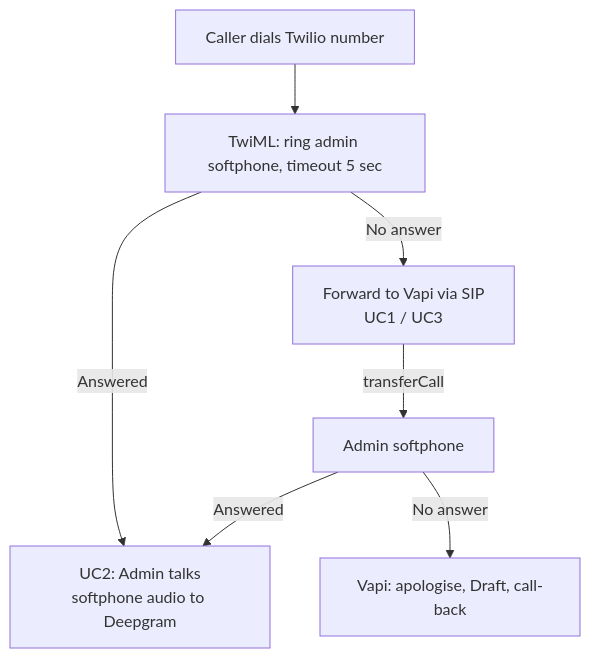
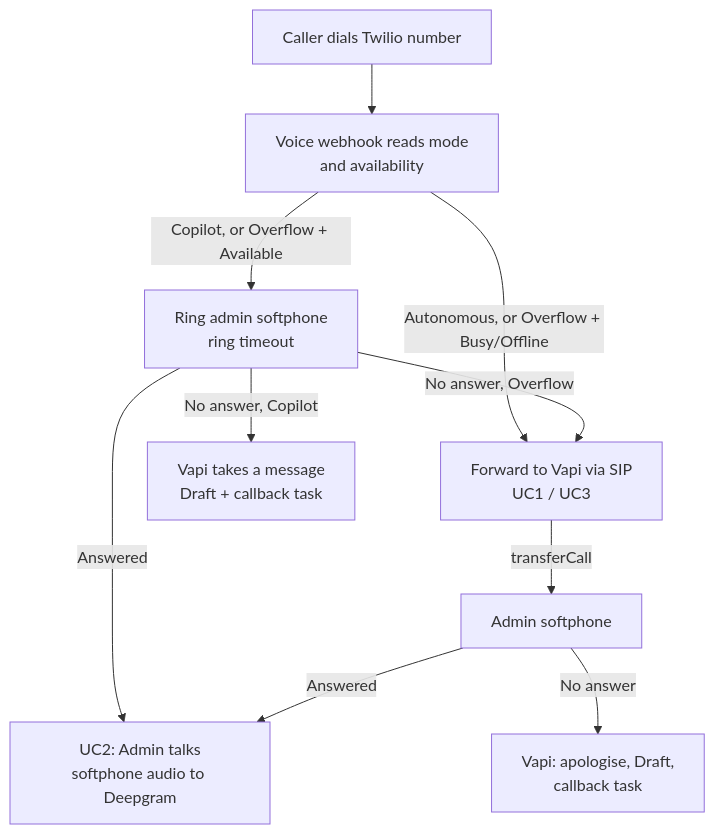
The fourth of 4 diagrams in docs/demo-process.md (ice-propelled-inc/crm-demo), drawn with Mermaid before and after one commit. The commit also changed other lines of this file and 32 other files, not shown here.

````diff
--- a/docs/demo-process.md
+++ b/docs/demo-process.md
@@ -207,9 +320,12 @@
 ```mermaid
 flowchart TD
-    A[Caller dials Twilio number] --> B[TwiML: ring admin softphone, timeout 5 sec]
+    A[Caller dials Twilio number] --> W[Voice webhook reads mode<br/>and availability]
+    W -- Autonomous, or Overflow + Busy/Offline --> V[Forward to Vapi via SIP<br/>UC1 / UC3]
+    W -- Copilot, or Overflow + Available --> B[Ring admin softphone<br/>ring timeout]
     B -- Answered --> UC2[UC2: Admin talks<br/>softphone audio to Deepgram]
-    B -- No answer --> V[Forward to Vapi via SIP<br/>UC1 / UC3]
+    B -- No answer, Overflow --> V
+    B -- No answer, Copilot --> MSG[Vapi takes a message<br/>Draft + callback task]
     V -- transferCall --> S[Admin softphone]
     S -- Answered --> UC2
-    S -- No answer --> D[Vapi: apologise, Draft, call-back]
+    S -- No answer --> D[Vapi: apologise, Draft,<br/>callback task]
 ```
````
